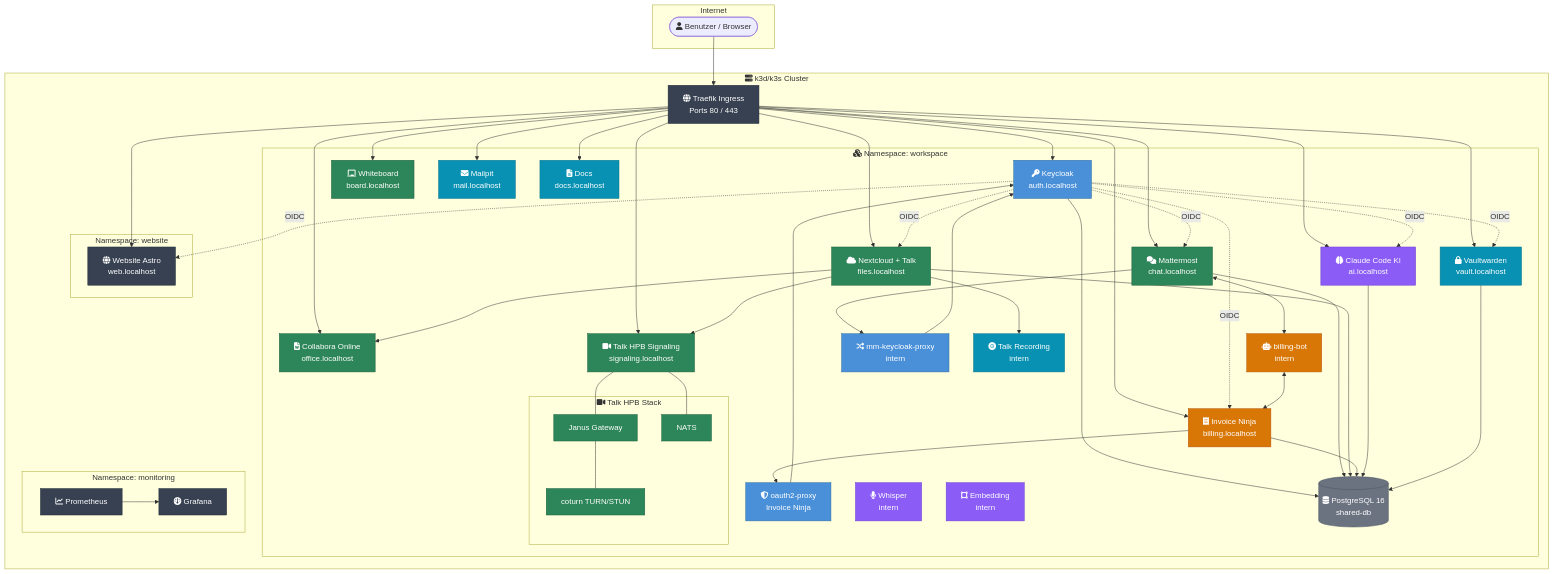
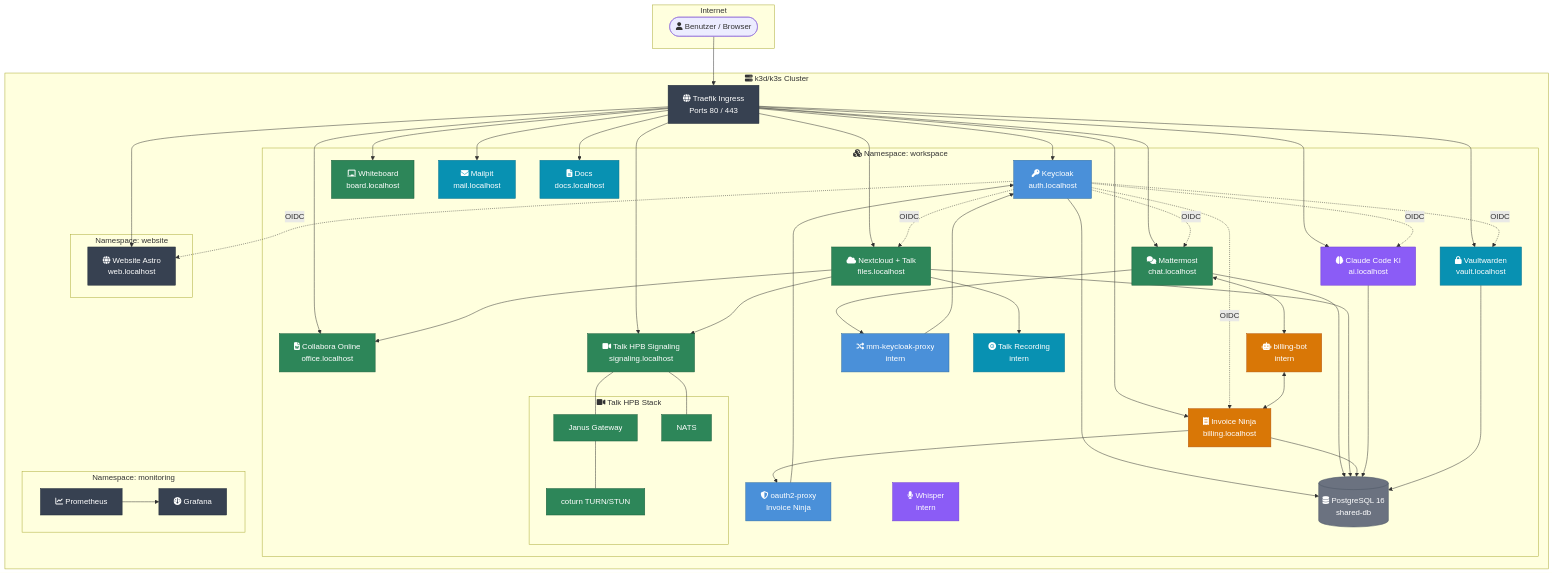
One commit to Paddione/Bachelorprojekt changed the first of 3 diagrams in README.md. Above: the diagram before and after it, drawn with Mermaid. The commit also changed other lines of this file and 8 other files, not shown here.

Commit message:
docs: update README, system-prompt, and docs to reflect current architecture

```diff
--- a/README.md
+++ b/README.md
@@ -80,7 +79,6 @@
             PROXY["fa:fa-shuffle mm-keycloak-proxy<br/>intern"]
             OAUTH["fa:fa-shield-halved oauth2-proxy<br/>Invoice Ninja"]
             WHISPER["fa:fa-microphone Whisper<br/>intern"]
-            EMB["fa:fa-vector-square Embedding<br/>intern"]
             REC["fa:fa-record-vinyl Talk Recording<br/>intern"]
 
             subgraph HPB-Stack ["fa:fa-video Talk HPB Stack"]
@@ -133,7 +131,7 @@
 
     class KC,PROXY,OAUTH identity
     class MM,NC,CO,WB,OL,HPB,JANUS,NATS,COTURN collab
-    class OC,WHISPER,EMB ai
+    class OC,WHISPER ai
     class IN,BB billing
     class DB,OS data
     class VW,MP,DOCS,REC tools
```
